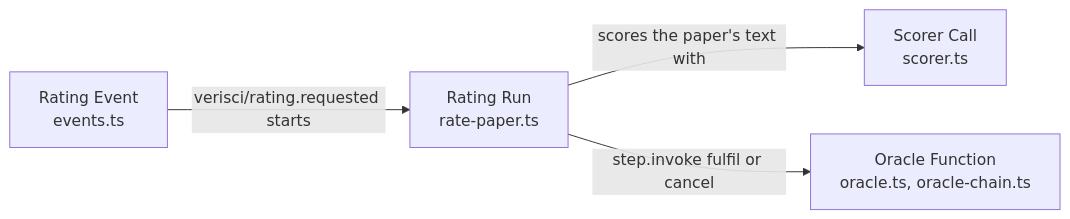
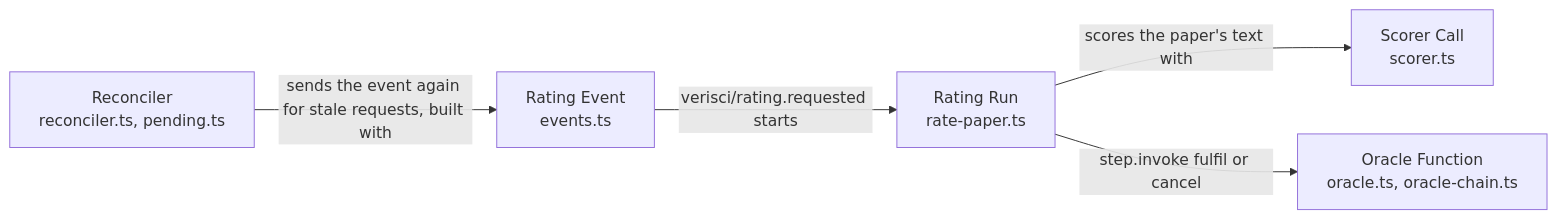
Before and after one commit to SiegfriedBz/labstrail: the diagram in .omm/overall-architecture/workflows/rating/diagram.mmd, drawn with Mermaid. The commit also changed 176 other files, not shown here.

```diff
--- a/.omm/overall-architecture/workflows/rating/diagram.mmd
+++ b/.omm/overall-architecture/workflows/rating/diagram.mmd
@@ -1,4 +1,5 @@
 graph LR
     events["Rating Event\nevents.ts"] -->|"verisci/rating.requested starts"| rate-paper["Rating Run\nrate-paper.ts"]
     rate-paper -->|"scores the paper's text with"| scorer["Scorer Call\nscorer.ts"]
     rate-paper -->|"step.invoke fulfil or cancel"| oracle["Oracle Function\noracle.ts, oracle-chain.ts"]
+    reconciler["Reconciler\nreconciler.ts, pending.ts"] -->|"sends the event again for stale requests, built with"| events
```
